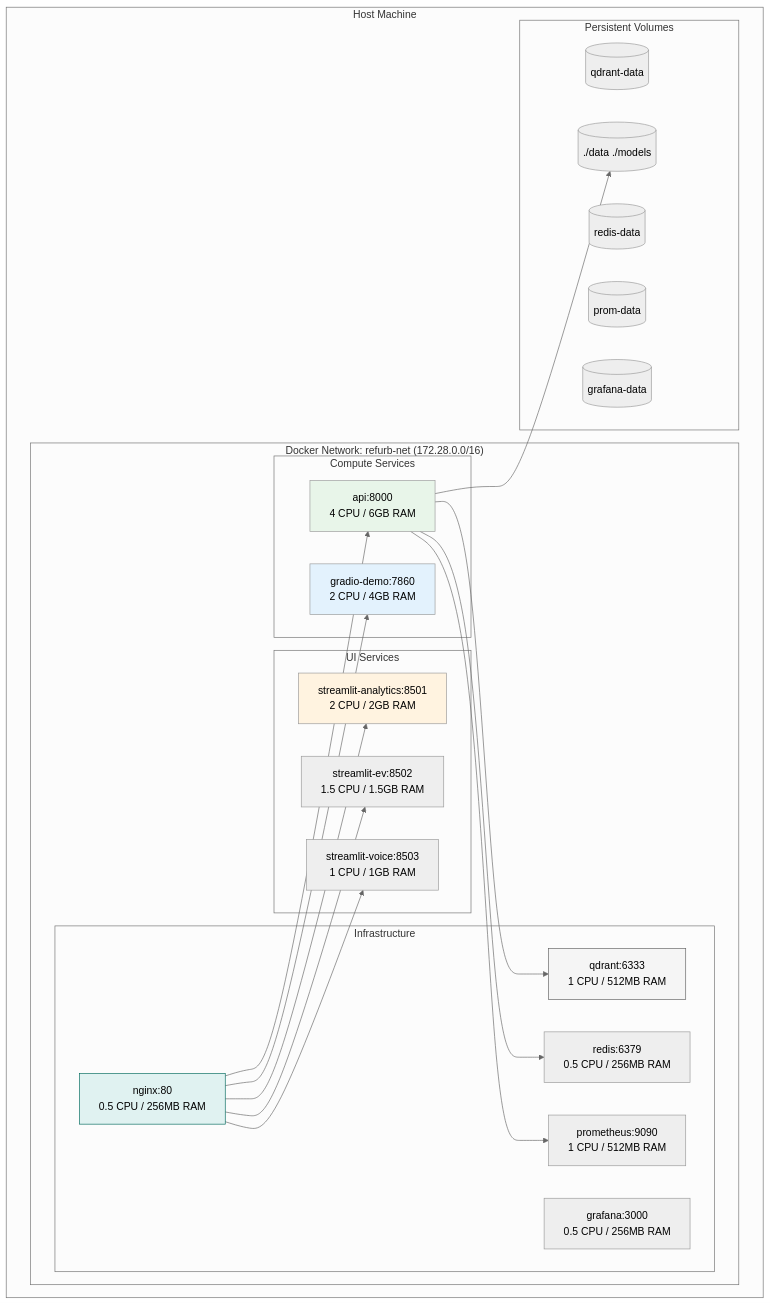
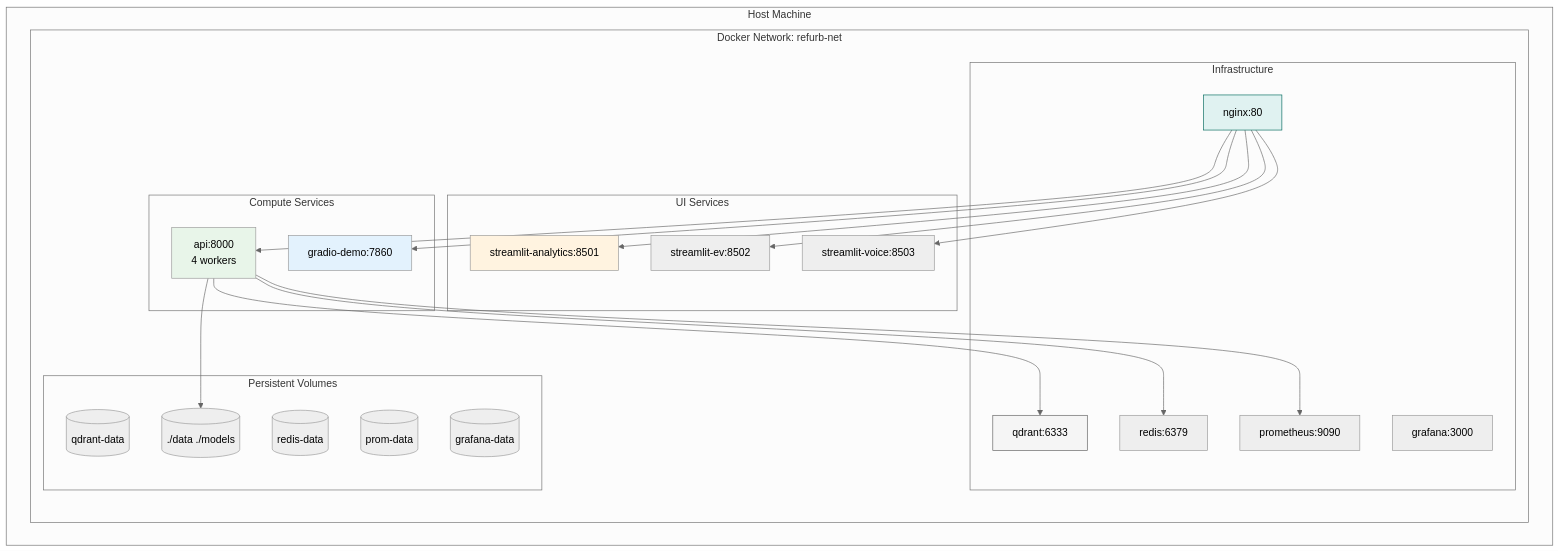
Before and after one commit to yuvraajnarula/refurbcortex: the fourth of 4 diagrams in README.md, drawn with Mermaid (neutral theme). The commit also changed other lines of this file, not shown here.

Commit message:
docs: update README with web agent, segmentation, Redis, conda, tests, CI docs

````diff
--- a/README.md
+++ b/README.md
@@ -101,50 +105,50 @@
 ```mermaid
 graph TB
     subgraph "Host Machine"
-        subgraph "Docker Network: refurb-net (172.28.0.0/16)"
+        subgraph "Docker Network: refurb-net"
             subgraph "Compute Services"
-                API[api:8000<br/>4 CPU / 6GB RAM]
-                GRADIO[gradio-demo:7860<br/>2 CPU / 4GB RAM]
+                API[api:8000<br/>4 workers]
+                GRADIO[gradio-demo:7860]
             end
 
             subgraph "UI Services"
-                ANALYTICS[streamlit-analytics:8501<br/>2 CPU / 2GB RAM]
-                EV[streamlit-ev:8502<br/>1.5 CPU / 1.5GB RAM]
-                VOICE[streamlit-voice:8503<br/>1 CPU / 1GB RAM]
+                ANALYTICS[streamlit-analytics:8501]
+                EV[streamlit-ev:8502]
+                VOICE[streamlit-voice:8503]
             end
 
             subgraph "Infrastructure"
-                QDRANT[qdrant:6333<br/>1 CPU / 512MB RAM]
-                REDIS[redis:6379<br/>0.5 CPU / 256MB RAM]
-                PROM[prometheus:9090<br/>1 CPU / 512MB RAM]
-                GRAF[grafana:3000<br/>0.5 CPU / 256MB RAM]
-                NGINX[nginx:80<br/>0.5 CPU / 256MB RAM]
+                QDRANT[qdrant:6333]
+                REDIS[redis:6379]
+                PROM[prometheus:9090]
+                GRAF[grafana:3000]
+                NGINX[nginx:80]
             end
-        end
 
-        subgraph "Persistent Volumes"
-            QDATA[(qdrant-data)]
-            RDATA[(redis-data)]
-            PDATA[(prom-data)]
-            GDATA[(grafana-data)]
-            APPDATA[(./data ./models)]
+            subgraph "Persistent Volumes"
+                QDATA[(qdrant-data)]
+                RDATA[(redis-data)]
+                PDATA[(prom-data)]
+                GDATA[(grafana-data)]
+                APPDATA[(./data ./models)]
+            end
         end
     end
 
     NGINX --> API
     NGINX --> ANALYTICS
     NGINX --> EV
     NGINX --> VOICE
     NGINX --> GRADIO
 
     API --> QDRANT
     API --> REDIS
     API --> PROM
     API --> APPDATA
 
     style API fill:#e8f5e9
     style GRADIO fill:#e3f2fd
     style ANALYTICS fill:#fff3e0
     style QDRANT fill:#f5f5f5,stroke:#616161
     style NGINX fill:#e0f2f1,stroke:#00695c
 ```
````
